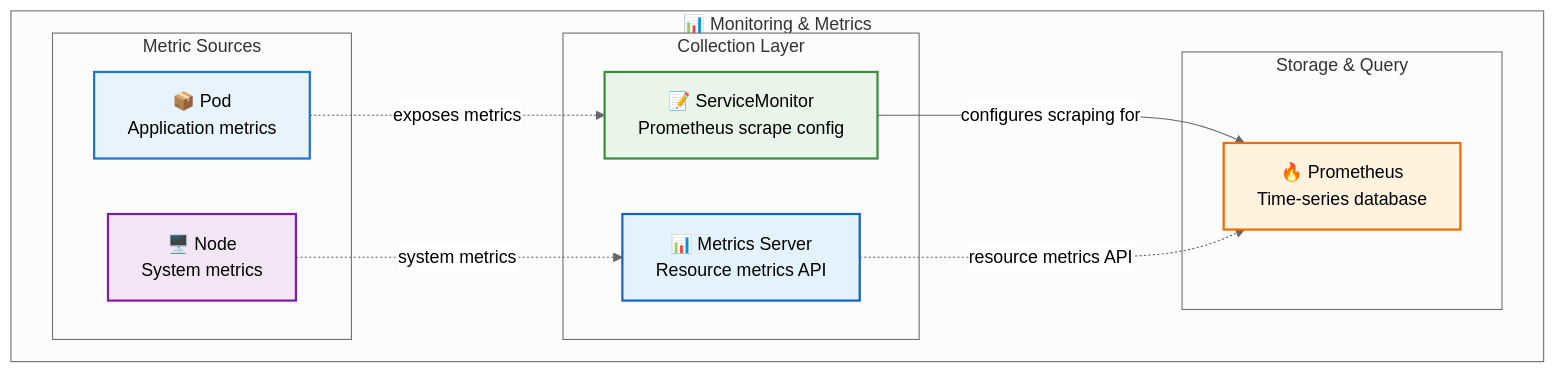
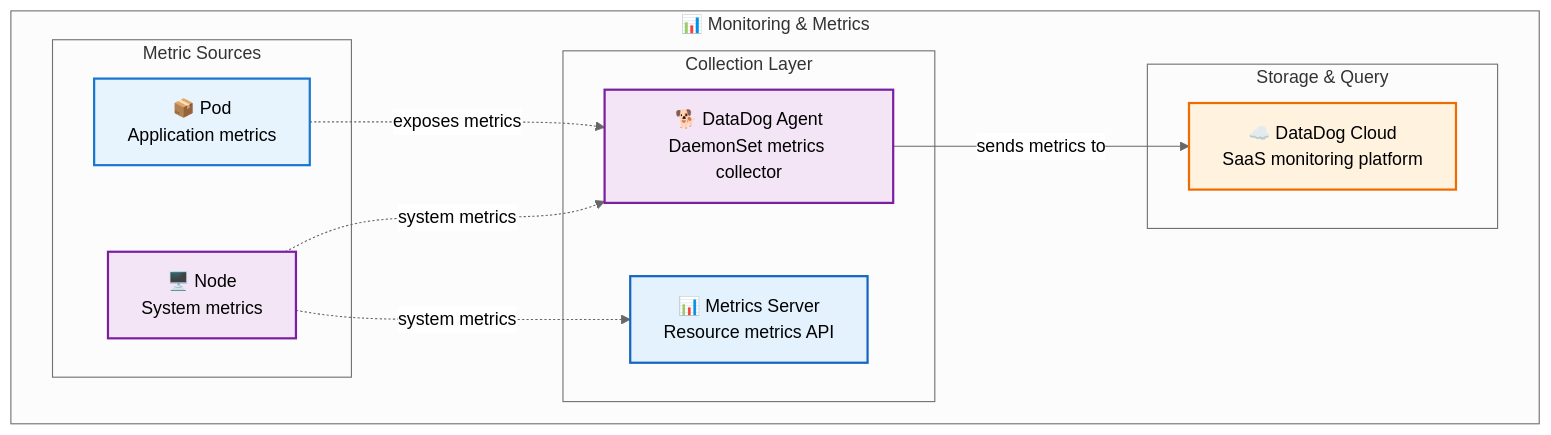
Before and after one commit to razkevich/system_design_course: the tenth of 12 diagrams in 1.4_distributed_systems/kubernetes_resource_hierarchy_guide.md, drawn with Mermaid (neutral theme). The commit also changed other lines of this file, not shown here.

Commit message:
exactly once

````diff
--- a/1.4_distributed_systems/kubernetes_resource_hierarchy_guide.md
+++ b/1.4_distributed_systems/kubernetes_resource_hierarchy_guide.md
@@ -403,30 +403,30 @@
 ```mermaid
 flowchart TD
     subgraph "📊 Monitoring & Metrics"
         
         subgraph "Metric Sources"
             MonitoredPod["📦 Pod<br/>Application metrics"]
             NodeMetrics["🖥️ Node<br/>System metrics"]
         end
         
         subgraph "Collection Layer"
             MetricsServer["📊 Metrics Server<br/>Resource metrics API"]
-            ServiceMonitor["📝 ServiceMonitor<br/>Prometheus scrape config"]
+            DatadogAgent["🐕 DataDog Agent<br/>DaemonSet metrics collector"]
         end
         
         subgraph "Storage & Query"
-            Prometheus["🔥 Prometheus<br/>Time-series database"]
+            DatadogCloud["☁️ DataDog Cloud<br/>SaaS monitoring platform"]
         end
         
-        MonitoredPod -.->|"exposes metrics"| ServiceMonitor
+        MonitoredPod -.->|"exposes metrics"| DatadogAgent
         NodeMetrics -.->|"system metrics"| MetricsServer
-        ServiceMonitor -->|"configures scraping for"| Prometheus
-        MetricsServer -.->|"resource metrics API"| Prometheus
+        NodeMetrics -.->|"system metrics"| DatadogAgent
+        DatadogAgent -->|"sends metrics to"| DatadogCloud
     end
     
     style MonitoredPod fill:#e8f4fd,stroke:#1976d2,stroke-width:2px,color:#000
     style NodeMetrics fill:#f3e5f5,stroke:#7b1fa2,stroke-width:2px,color:#000
     style MetricsServer fill:#e3f2fd,stroke:#1565c0,stroke-width:2px,color:#000
-    style Prometheus fill:#fff3e0,stroke:#ef6c00,stroke-width:2px,color:#000
-    style ServiceMonitor fill:#e8f5e8,stroke:#388e3c,stroke-width:2px,color:#000
+    style DatadogAgent fill:#f3e5f5,stroke:#7b1fa2,stroke-width:2px,color:#000
+    style DatadogCloud fill:#fff3e0,stroke:#ef6c00,stroke-width:2px,color:#000
 ```
````
